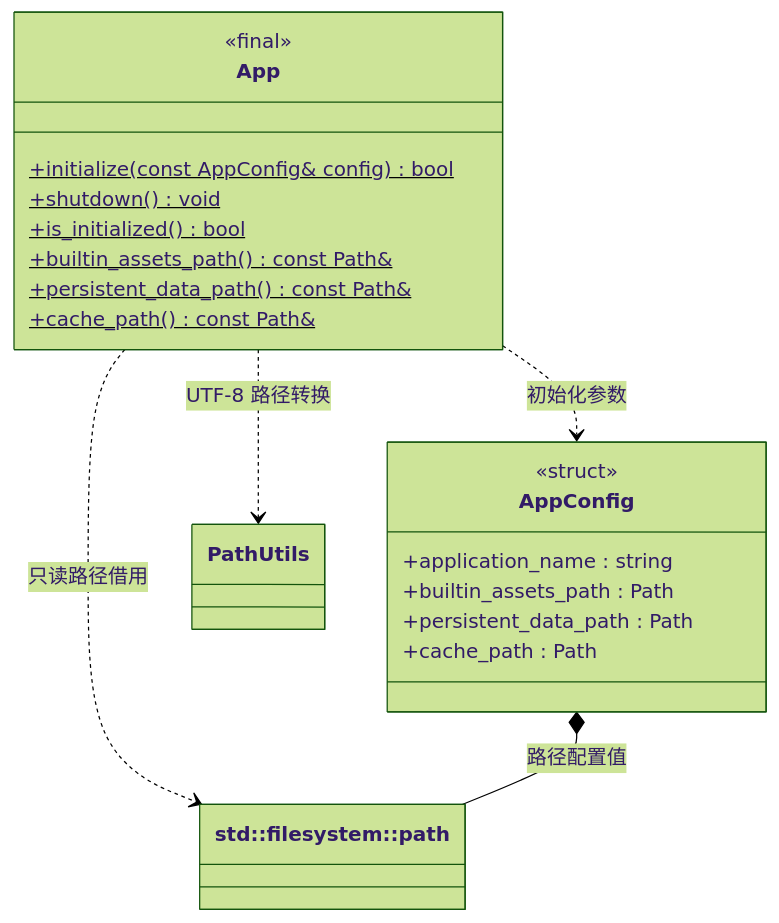
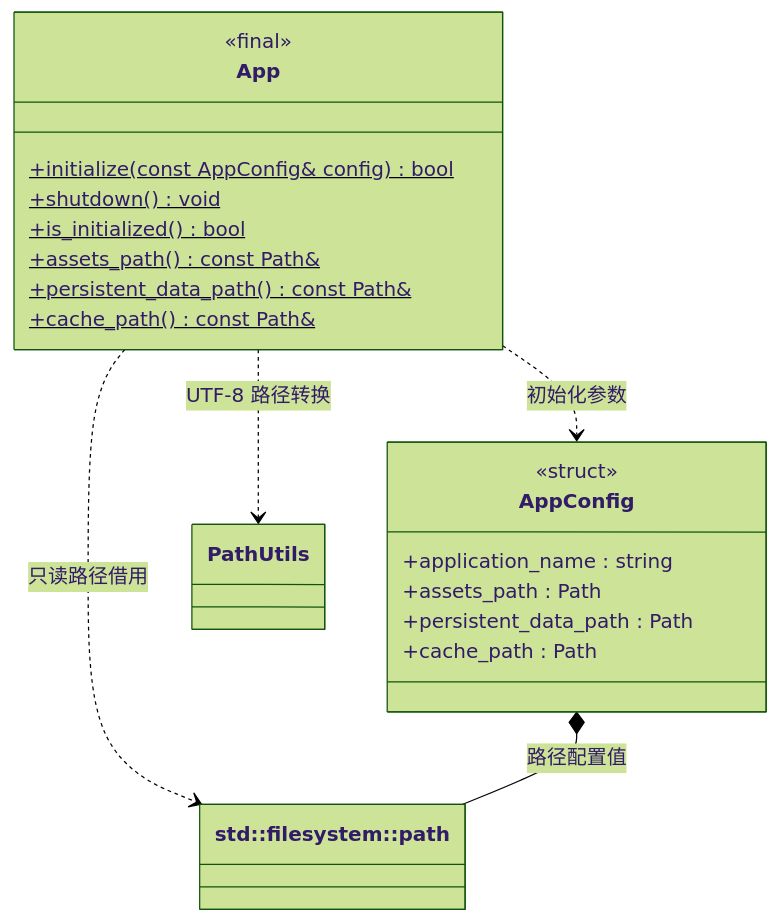
Before and after one commit to lcals/Engine: the diagram in docs/runtime/class-diagrams/app.md, drawn with Mermaid (forest theme). The commit also changed other lines of this file and 172 other files, not shown here.

````diff
--- a/docs/runtime/class-diagrams/app.md
+++ b/docs/runtime/class-diagrams/app.md
@@ -7,26 +7,26 @@
 ```mermaid
 classDiagram
     direction TB
     class App {
         <<final>>
         +initialize(const AppConfig& config) bool$
         +shutdown() void$
         +is_initialized() bool$
-        +builtin_assets_path() const Path&$
+        +assets_path() const Path&$
         +persistent_data_path() const Path&$
         +cache_path() const Path&$
     }
     class AppConfig {
         <<struct>>
         +application_name : string
-        +builtin_assets_path : Path
+        +assets_path : Path
         +persistent_data_path : Path
         +cache_path : Path
     }
     class Path["std::filesystem::path"]
     App ..> AppConfig : 初始化参数
     App ..> Path : 只读路径借用
     AppConfig *-- Path : 路径配置值
     class PathUtils
     App ..> PathUtils : UTF-8 路径转换
 ```
````
